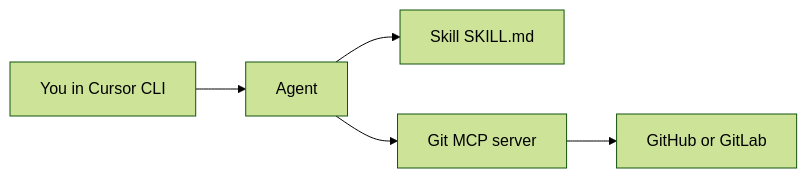
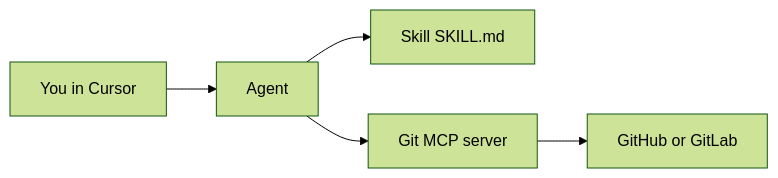
One commit to cursor-estonia/lab-materials changed the diagram in docs/6-mcp-vs-skills.md. Above: the diagram before and after it, drawn with Mermaid (forest theme). The commit also changed other lines of this file and 1 other file, not shown here.

````diff
--- a/docs/6-mcp-vs-skills.md
+++ b/docs/6-mcp-vs-skills.md
@@ -38,13 +34,13 @@
 ```mermaid
 flowchart LR
-    User[You in Cursor CLI]
+    User[You in Cursor]
     Agent[Agent]
     Skill[Skill SKILL.md]
     MCP[Git MCP server]
     GitHost[GitHub or GitLab]
 
     User --> Agent
     Agent --> Skill
     Agent --> MCP
     MCP --> GitHost
 ```
````
